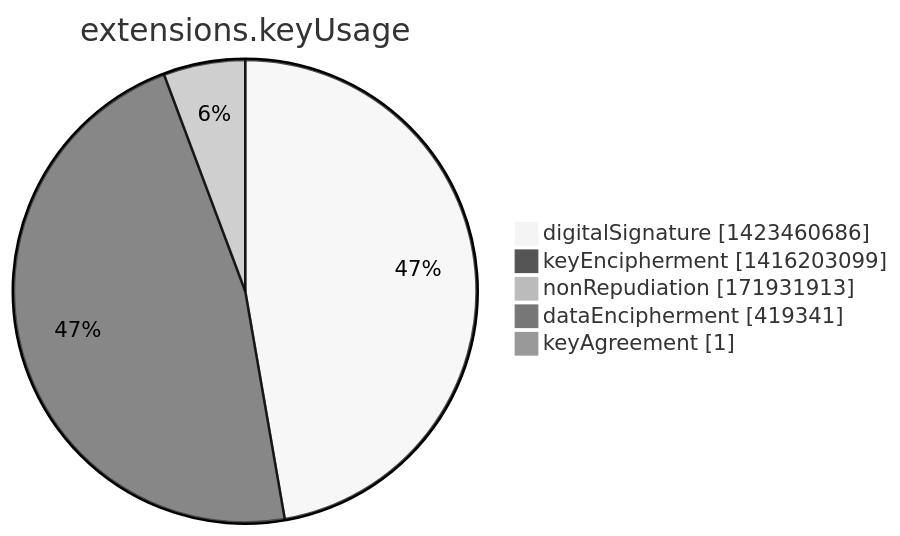
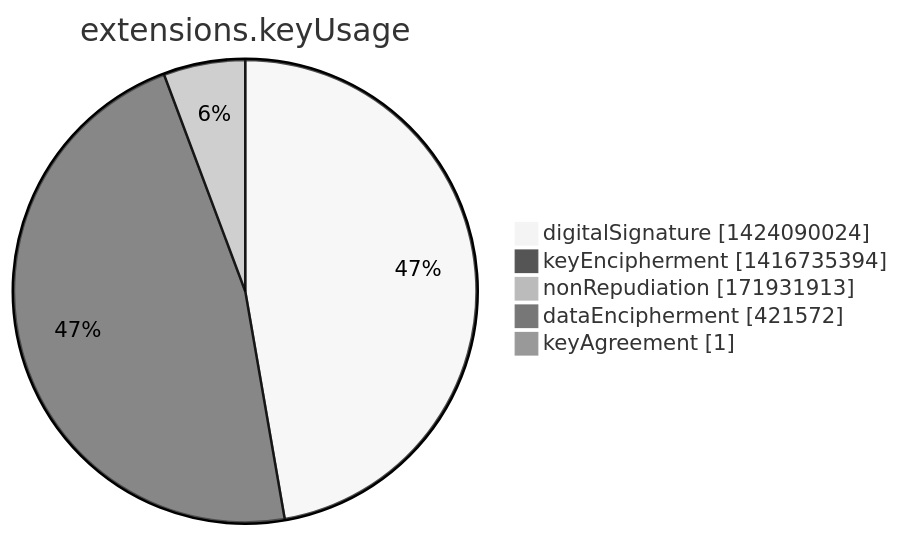
Before and after one commit to christiankrug/ctmonitor_visualization: the seventh of 15 diagrams in argon2022/README.md, drawn with Mermaid (neutral theme). The commit also changed other lines of this file, not shown here.

````diff
--- a/argon2022/README.md
+++ b/argon2022/README.md
@@ -2751,9 +2751,9 @@
 ```mermaid
 pie showData
 title extensions.keyUsage
-"digitalSignature" :1423460686
-"keyEncipherment" :1416203099
+"digitalSignature" :1424090024
+"keyEncipherment" :1416735394
 "nonRepudiation" :171931913
-"dataEncipherment" :419341
+"dataEncipherment" :421572
 "keyAgreement" :1
 ```
````
